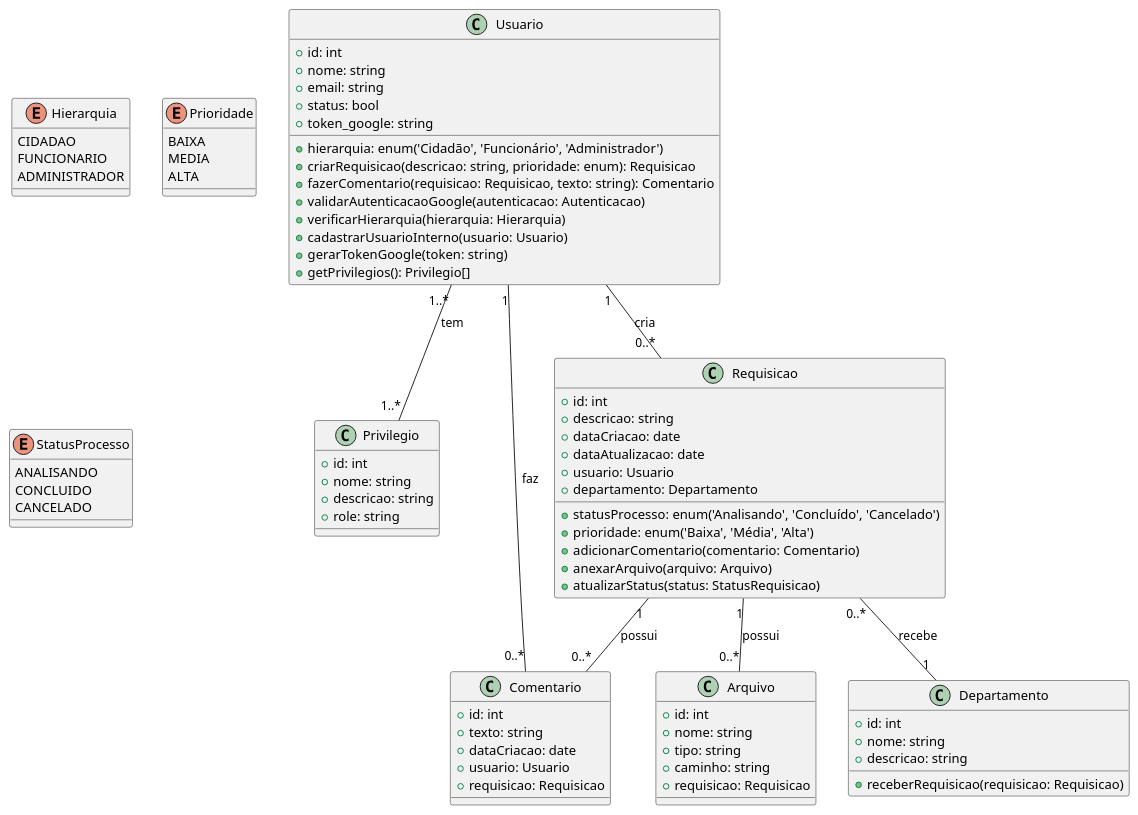
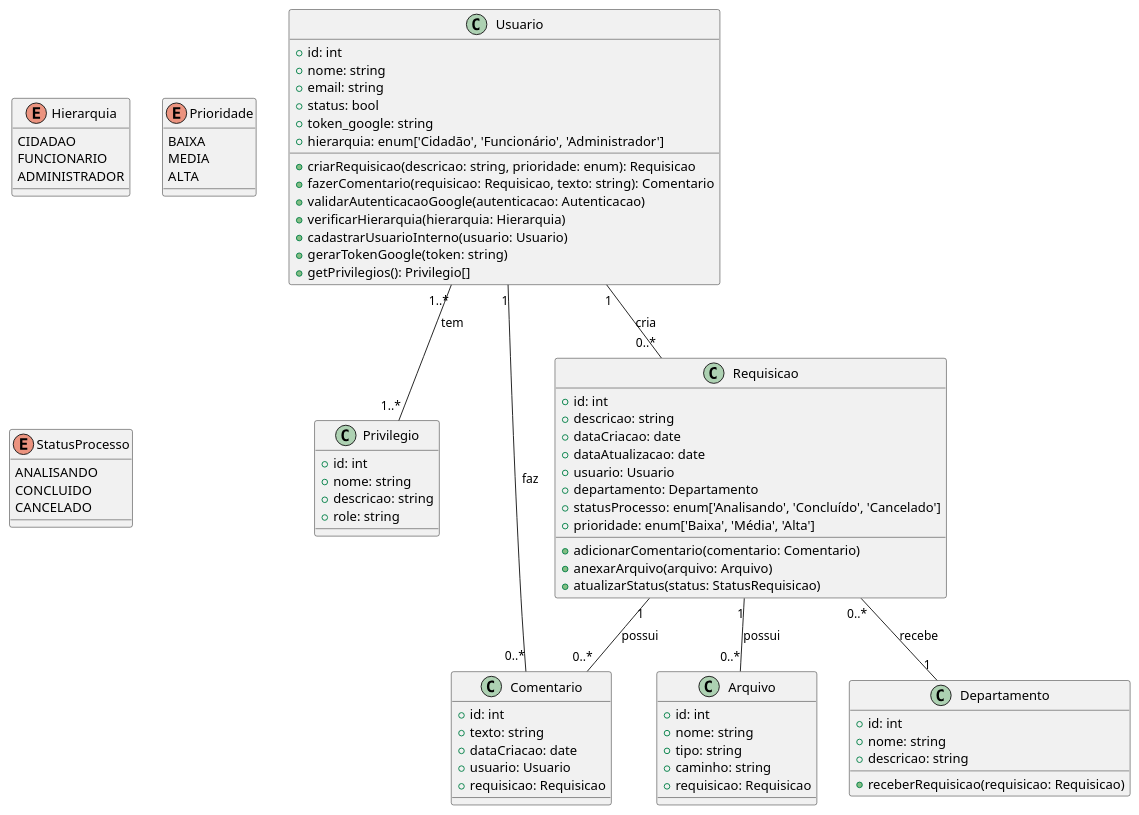
Before and after one commit to Francielefernandes06/documentacao-projeto-coorporativo-2024.2: the diagram in diagramas/DC-CityHub.puml, drawn with PlantUML. The commit also changed 2 other files, not shown here.

```diff
--- a/diagramas/DC-CityHub.puml
+++ b/diagramas/DC-CityHub.puml
@@ -1,94 +1,94 @@
 @startuml
 
 ' Definindo as classes principais
 class Usuario {
   +id: int
   +nome: string
   +email: string
   +status: bool
   +token_google: string
-  +hierarquia: enum('Cidadão', 'Funcionário', 'Administrador')
+  +hierarquia: enum['Cidadão', 'Funcionário', 'Administrador']
   +criarRequisicao(descricao: string, prioridade: enum): Requisicao
   +fazerComentario(requisicao: Requisicao, texto: string): Comentario
   +validarAutenticacaoGoogle(autenticacao: Autenticacao)
   +verificarHierarquia(hierarquia: Hierarquia)
   +cadastrarUsuarioInterno(usuario: Usuario)
   +gerarTokenGoogle(token: string)
   +getPrivilegios(): Privilegio[]
 
 }
 class Privilegio {
   +id: int
   +nome: string
   +descricao: string
   +role: string
 }
 
 class Requisicao {
   +id: int
   +descricao: string
   +dataCriacao: date
   +dataAtualizacao: date
   +usuario: Usuario
   +departamento: Departamento
-  +statusProcesso: enum('Analisando', 'Concluído', 'Cancelado')
-  +prioridade: enum('Baixa', 'Média', 'Alta')
+  +statusProcesso: enum['Analisando', 'Concluído', 'Cancelado']
+  +prioridade: enum['Baixa', 'Média', 'Alta']
   +adicionarComentario(comentario: Comentario)
   +anexarArquivo(arquivo: Arquivo)
   +atualizarStatus(status: StatusRequisicao)
 }
 
 class Departamento {
   +id: int
   +nome: string
   +descricao: string
   +receberRequisicao(requisicao: Requisicao)
 }
 
 class Comentario {
   +id: int
   +texto: string
   +dataCriacao: date
   +usuario: Usuario
   +requisicao: Requisicao
 }
 
 class Arquivo {
   +id: int
   +nome: string
   +tipo: string
   +caminho: string
   +requisicao: Requisicao
 }
 
 
 
 ' Enum
 enum Hierarquia {
     CIDADAO
     FUNCIONARIO
     ADMINISTRADOR
 }
 
 
 enum Prioridade {
     BAIXA
     MEDIA
     ALTA
 }
 
 enum StatusProcesso {
     ANALISANDO
     CONCLUIDO
     CANCELADO
 }
 
 ' Definindo as relações
 Usuario "1" -- "0..*" Requisicao : cria
 Usuario "1" -- "0..*" Comentario : faz
 Requisicao "1" -- "0..*" Comentario : possui
 Requisicao "1" -- "0..*" Arquivo : possui
 Requisicao "0..*" -- "1" Departamento : recebe
 Usuario "1..*" -- "1..*" Privilegio : tem
 
 @enduml
```
